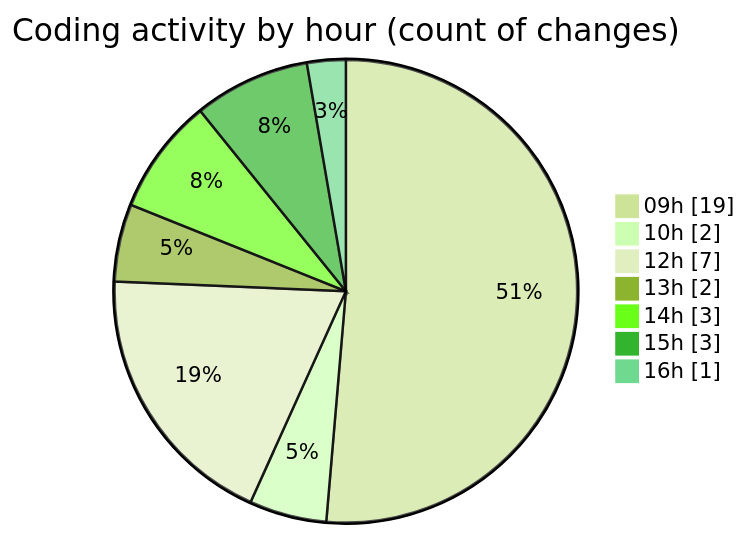
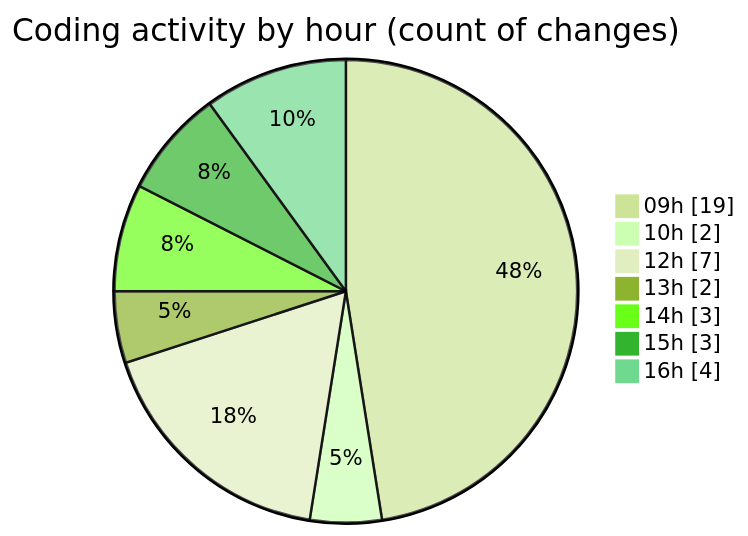
One commit to ricardozamudiocil/code-tracking changed the second of 2 diagrams in 2026-04-23/cilapp/README.md. Above: the diagram before and after it, drawn with Mermaid (forest theme). The commit also changed other lines of this file and 1 other file, not shown here.

````diff
--- a/2026-04-23/cilapp/README.md
+++ b/2026-04-23/cilapp/README.md
@@ -40,11 +40,11 @@
 ```mermaid
 pie showData
 title Coding activity by hour (count of changes)
 "09h" : 19
 "10h" : 2
 "12h" : 7
 "13h" : 2
 "14h" : 3
 "15h" : 3
-"16h" : 1
+"16h" : 4
 ```
````
